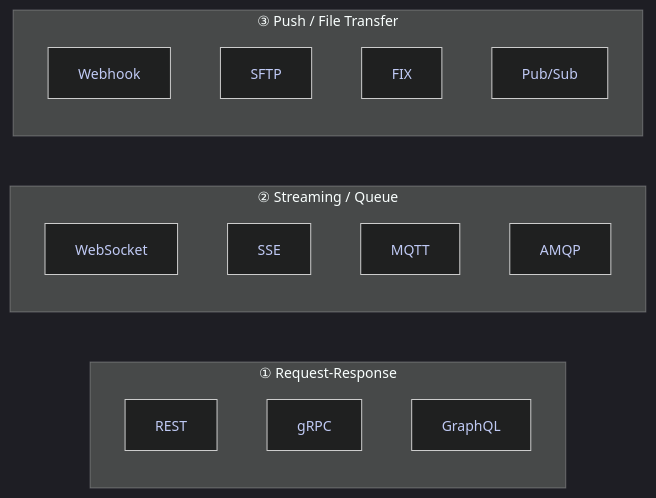
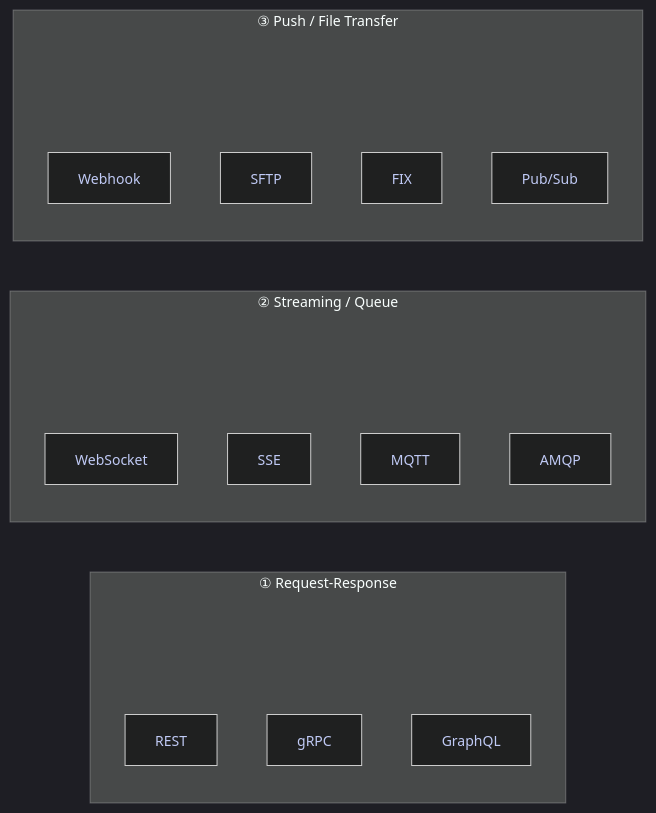
Before and after one commit to alp78/elysium: the first of 5 diagrams in content/14-Data-Architecture/04-APIs-and-Protocols/04-api-protocols-comparison.md, drawn with Mermaid. The commit also changed 216 other files, not shown here.

````diff
--- a/content/14-Data-Architecture/04-APIs-and-Protocols/04-api-protocols-comparison.md
+++ b/content/14-Data-Architecture/04-APIs-and-Protocols/04-api-protocols-comparison.md
@@ -194,32 +194,49 @@
 ```mermaid
 %%{init: {'theme': 'dark', 'themeVariables': {
   'primaryColor': '#292e42',
   'primaryTextColor': '#c0caf5',
   'primaryBorderColor': '#565f89',
   'lineColor': '#565f89',
   'secondaryColor': '#1a1b26',
   'tertiaryColor': '#24283b',
   'noteTextColor': '#c0caf5',
   'noteBkgColor': '#292e42',
   'textColor': '#c0caf5',
   'fontSize': '14px'
 }}}%%
 flowchart LR
     subgraph RR["① Request-Response"]
+        RPAD[" "]
         REST["REST"]
         gRPC_n["gRPC"]
         GQL["GraphQL"]
+        RPAD ~~~ REST
+        RPAD ~~~ gRPC_n
+        RPAD ~~~ GQL
     end
     subgraph ST["② Streaming / Queue"]
+        SPAD[" "]
         WS["WebSocket"]
         SSE_n["SSE"]
         MQ["MQTT"]
         AM["AMQP"]
+        SPAD ~~~ WS
+        SPAD ~~~ SSE_n
+        SPAD ~~~ MQ
+        SPAD ~~~ AM
     end
     subgraph PF["③ Push / File Transfer"]
+        PPAD[" "]
         WH["Webhook"]
         SF["SFTP"]
         FX["FIX"]
         PS["Pub/Sub"]
+        PPAD ~~~ WH
+        PPAD ~~~ SF
+        PPAD ~~~ FX
+        PPAD ~~~ PS
     end
+    style RPAD fill:transparent,stroke:transparent,color:transparent
+    style SPAD fill:transparent,stroke:transparent,color:transparent
+    style PPAD fill:transparent,stroke:transparent,color:transparent
 ```
````
